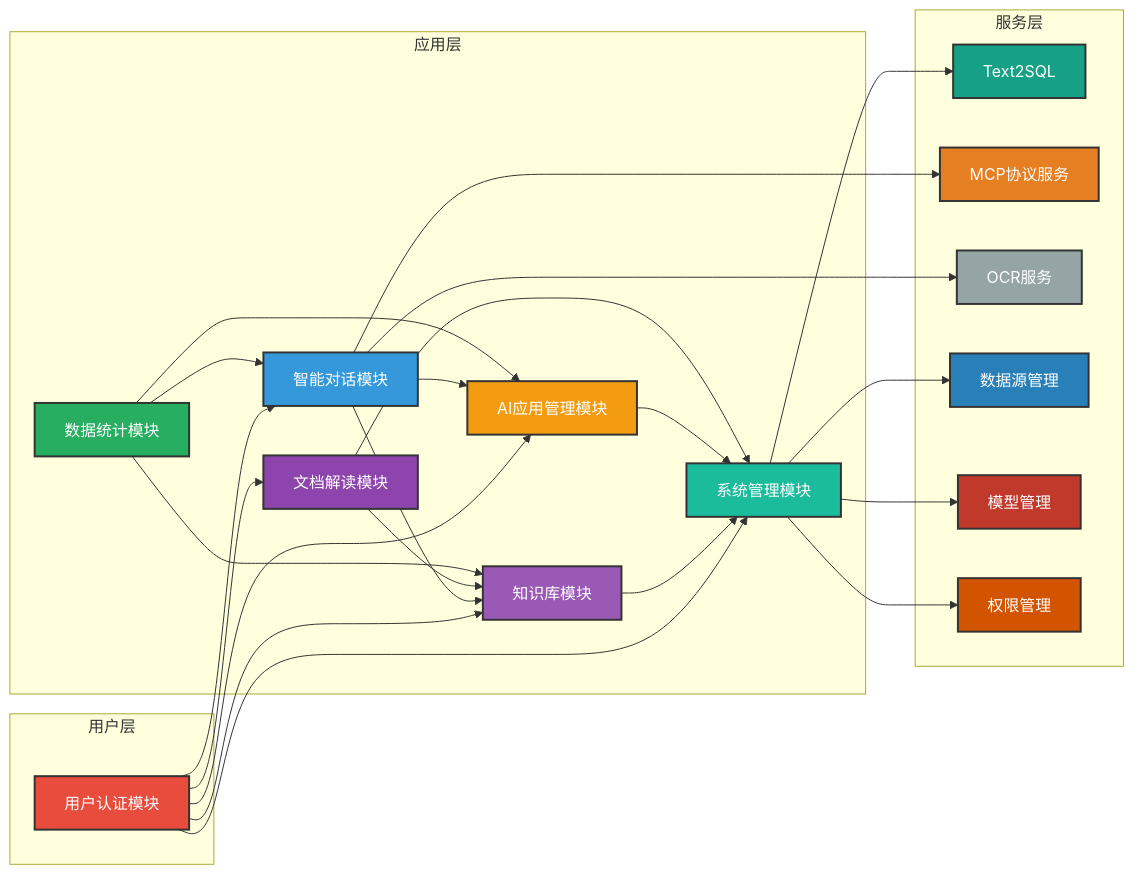
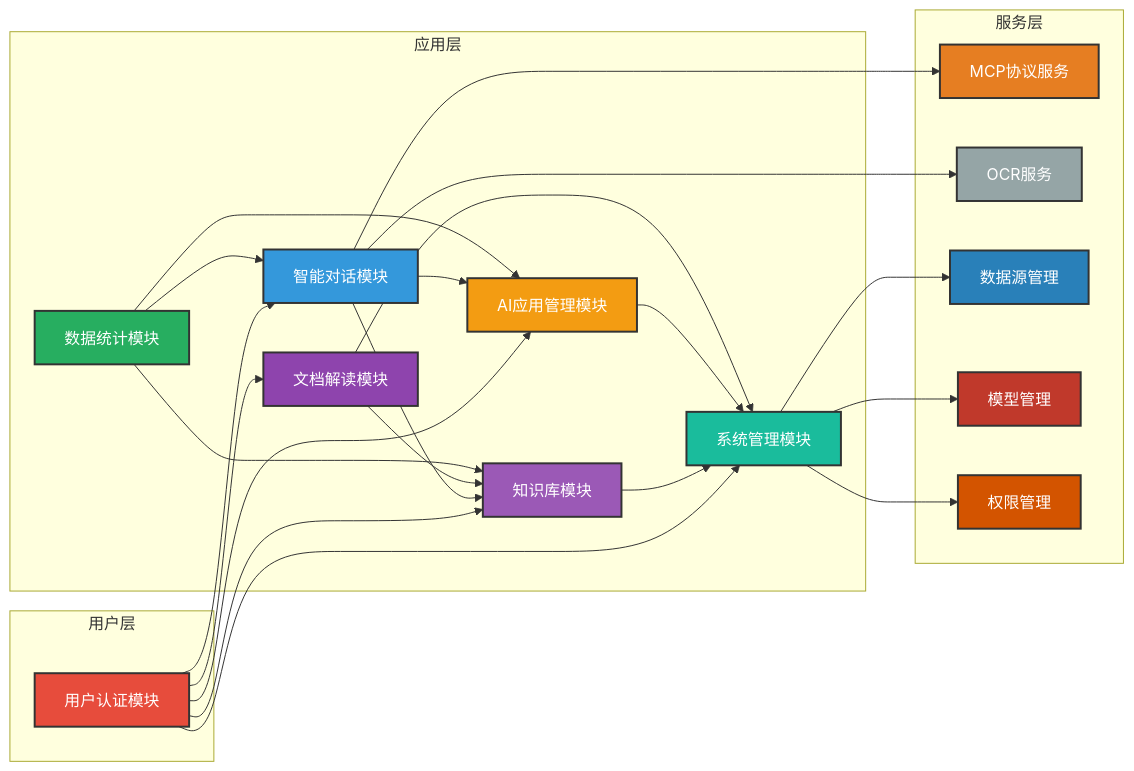
One commit to NanoAgentCode/DifyApp changed the third of 3 diagrams in README.md. Above: the diagram before and after it, drawn with Mermaid. The commit also changed other lines of this file and 18 other files, not shown here.

````diff
--- a/README.md
+++ b/README.md
@@ -381,63 +372,60 @@
 ```mermaid
 graph LR
     subgraph "用户层"
         Auth[用户认证模块]
     end
     
     subgraph "应用层"
         Chat[智能对话模块]
         KB[知识库模块]
         App[AI应用管理模块]
         System[系统管理模块]
         DocReader[文档解读模块]
         Statistics[数据统计模块]
     end
     
     subgraph "服务层"
-        Text2SQL[Text2SQL]
         MCP[MCP协议服务]
         OCR[OCR服务]
         DataSource[数据源管理]
         Model[模型管理]
         Permission[权限管理]
     end
     
     Auth --> Chat
     Auth --> KB
     Auth --> App
     Auth --> System
     Auth --> DocReader
     
     Chat --> KB
     Chat --> App
     Chat --> MCP
     Chat --> OCR
     
     KB --> System
     App --> System
     DocReader --> KB
     DocReader --> System
     
-    System --> Text2SQL
     System --> DataSource
     System --> Model
     System --> Permission
     
     Statistics --> Chat
     Statistics --> KB
     Statistics --> App
     
     style Auth fill:#e74c3c,stroke:#333,stroke-width:2px,color:#fff
     style Chat fill:#3498db,stroke:#333,stroke-width:2px,color:#fff
     style KB fill:#9b59b6,stroke:#333,stroke-width:2px,color:#fff
     style App fill:#f39c12,stroke:#333,stroke-width:2px,color:#fff
     style System fill:#1abc9c,stroke:#333,stroke-width:2px,color:#fff
-    style Text2SQL fill:#16a085,stroke:#333,stroke-width:2px,color:#fff
     style MCP fill:#e67e22,stroke:#333,stroke-width:2px,color:#fff
     style OCR fill:#95a5a6,stroke:#333,stroke-width:2px,color:#fff
     style DocReader fill:#8e44ad,stroke:#333,stroke-width:2px,color:#fff
     style Statistics fill:#27ae60,stroke:#333,stroke-width:2px,color:#fff
     style DataSource fill:#2980b9,stroke:#333,stroke-width:2px,color:#fff
     style Model fill:#c0392b,stroke:#333,stroke-width:2px,color:#fff
     style Permission fill:#d35400,stroke:#333,stroke-width:2px,color:#fff
 ```
````
